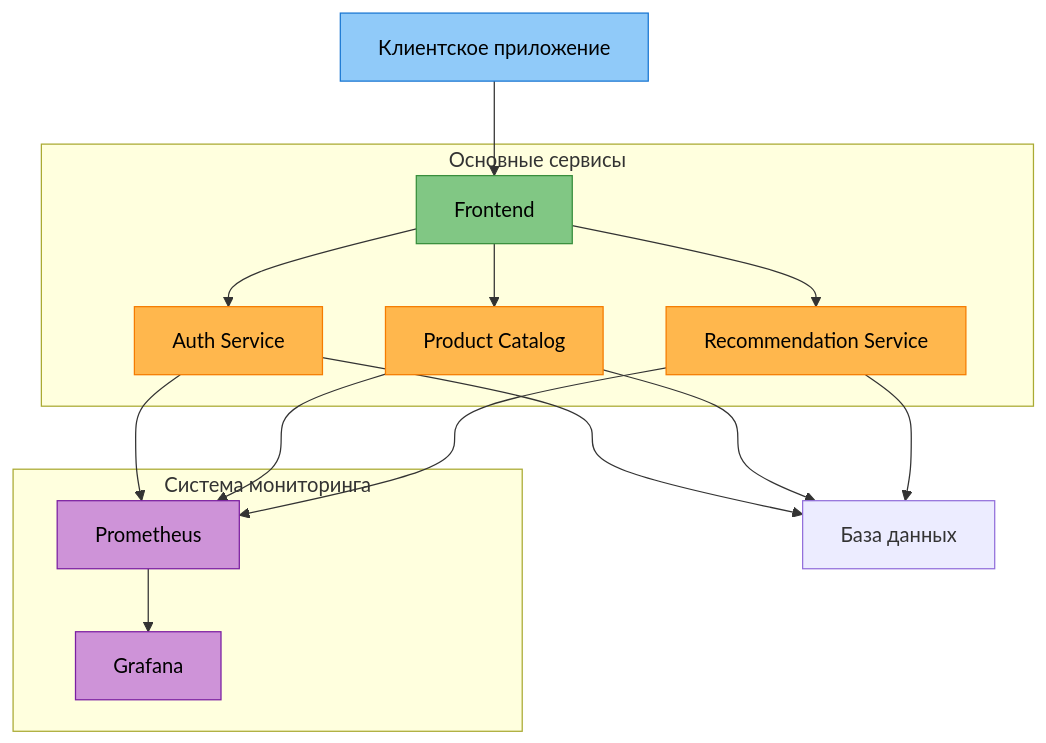
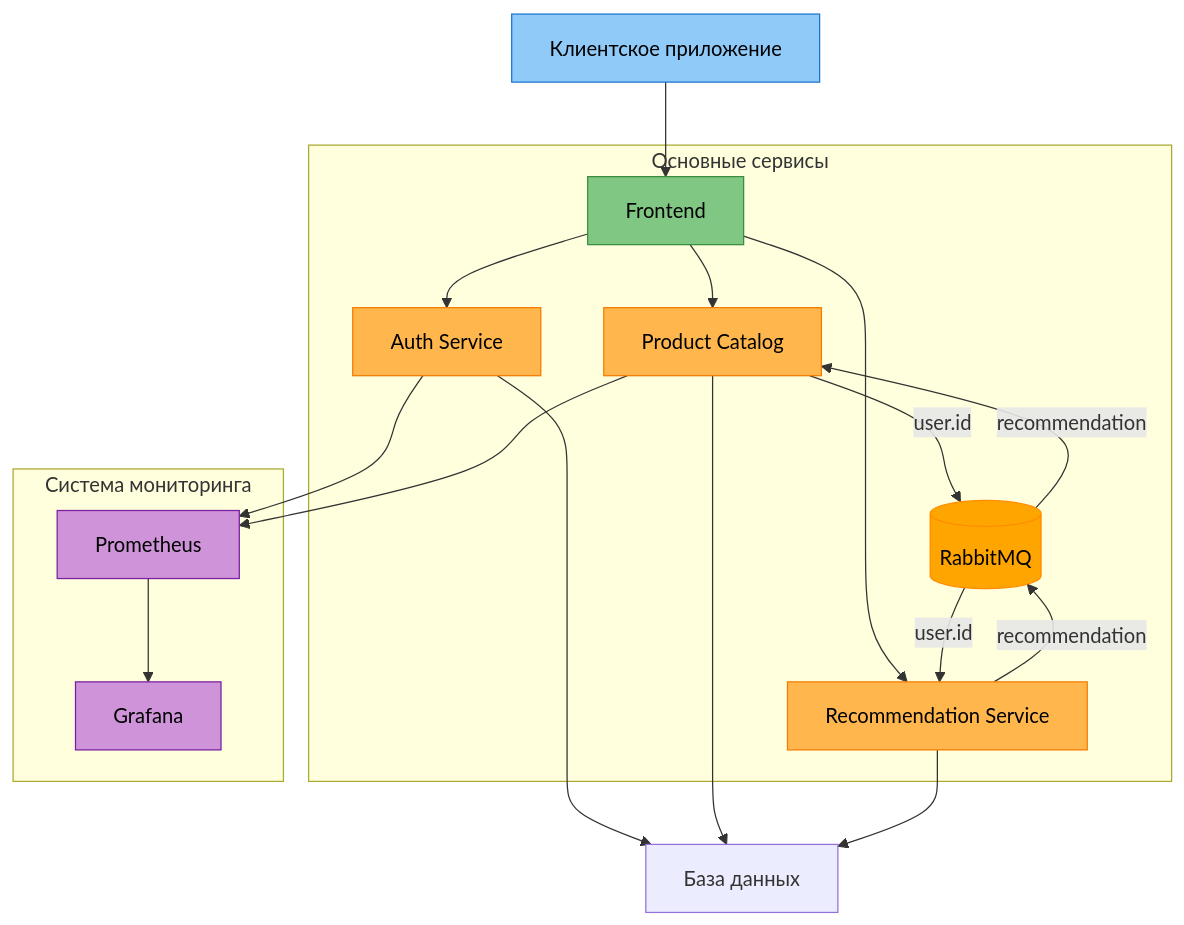
One commit to AlibekovAA/distributed-systems changed the first of 3 diagrams in README.md. Above: the diagram before and after it, drawn with Mermaid. The commit also changed 8 other files, not shown here.

````diff
--- a/README.md
+++ b/README.md
@@ -5,34 +5,38 @@
 ```mermaid
 graph TD
     Client["Клиентское приложение"] --> Frontend["Frontend"]
 
     subgraph Основные["Основные сервисы"]
         Frontend --> Auth["Auth Service"]
         Frontend --> Products["Product Catalog"]
         Frontend --> Rec["Recommendation Service"]
+        Products -->|"user.id"| RMQ[("RabbitMQ")]
+        RMQ -->|"user.id"| Rec
+        Rec -->|"recommendation"| RMQ
+        RMQ -->|"recommendation"| Products
     end
 
     subgraph Мониторинг["Система мониторинга"]
         Auth --> Prometheus["Prometheus"]
         Products --> Prometheus
-        Rec --> Prometheus
-
         Prometheus --> Grafana["Grafana"]
     end
 
     Auth --> DB["База данных"]
     Products --> DB["База данных"]
     Rec --> DB["База данных"]
 
     classDef client fill:#90CAF9,stroke:#1976D2,color:#000
     classDef frontend fill:#81C784,stroke:#388E3C,color:#000
     classDef service fill:#FFB74D,stroke:#F57C00,color:#000
     classDef monitor fill:#CE93D8,stroke:#7B1FA2,color:#000
     classDef database fill:#B39DDB,stroke:#512DA8,color:#000
+    classDef rabbit fill:#FFA500,stroke:#FF8C00,color:#000
 
     class Client client
     class Frontend frontend
     class Auth,Products,Rec service
     class Prometheus,Grafana monitor
     class DBAuth,DBProducts,DBRec database
+    class RMQ rabbit
 ```
````
